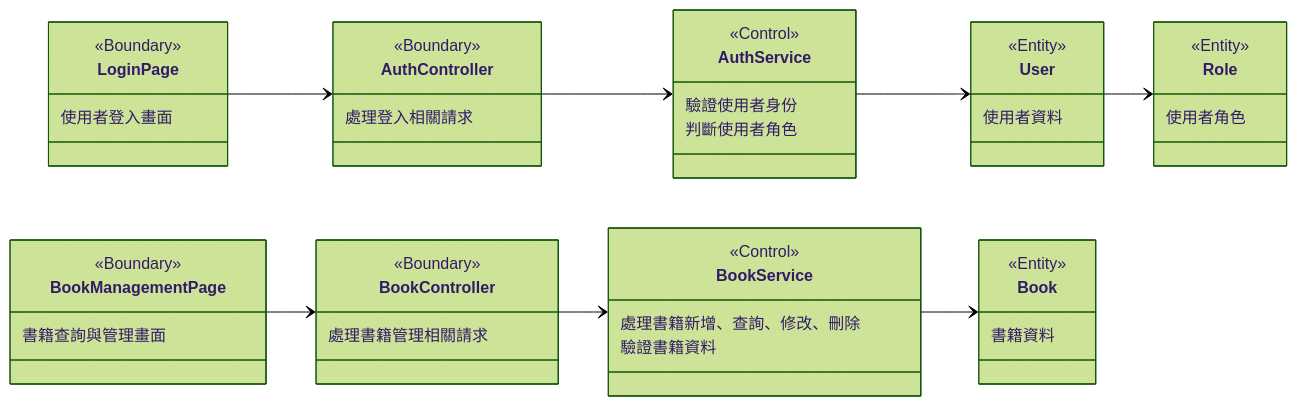
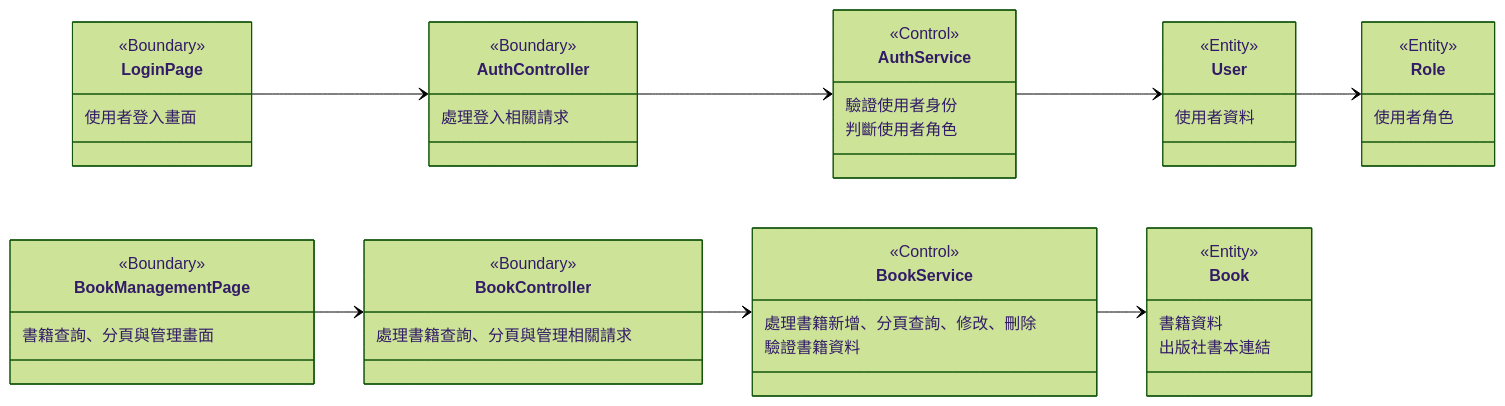
Before and after one commit to fizz123123/Books-Ordering-System: the second of 8 diagrams in docs/System_Design.md, drawn with Mermaid (forest theme). The commit also changed other lines of this file, not shown here.

````diff
--- a/docs/System_Design.md
+++ b/docs/System_Design.md
@@ -592,62 +605,63 @@
 ```mermaid
 classDiagram
     direction LR
 
     class LoginPage {
         <<Boundary>>
         使用者登入畫面
     }
 
     class BookManagementPage {
         <<Boundary>>
-        書籍查詢與管理畫面
+        書籍查詢、分頁與管理畫面
     }
 
     class AuthController {
         <<Boundary>>
         處理登入相關請求
     }
 
     class BookController {
         <<Boundary>>
-        處理書籍管理相關請求
+        處理書籍查詢、分頁與管理相關請求
     }
 
     class AuthService {
         <<Control>>
         驗證使用者身份
         判斷使用者角色
     }
 
     class BookService {
         <<Control>>
-        處理書籍新增、查詢、修改、刪除
+        處理書籍新增、分頁查詢、修改、刪除
         驗證書籍資料
     }
 
     class User {
         <<Entity>>
         使用者資料
     }
 
     class Role {
         <<Entity>>
         使用者角色
     }
 
     class Book {
         <<Entity>>
         書籍資料
+        出版社書本連結
     }
 
     LoginPage --> AuthController
     BookManagementPage --> BookController
 
     AuthController --> AuthService
     BookController --> BookService
 
     AuthService --> User
     User --> Role
 
     BookService --> Book
 ```
````
